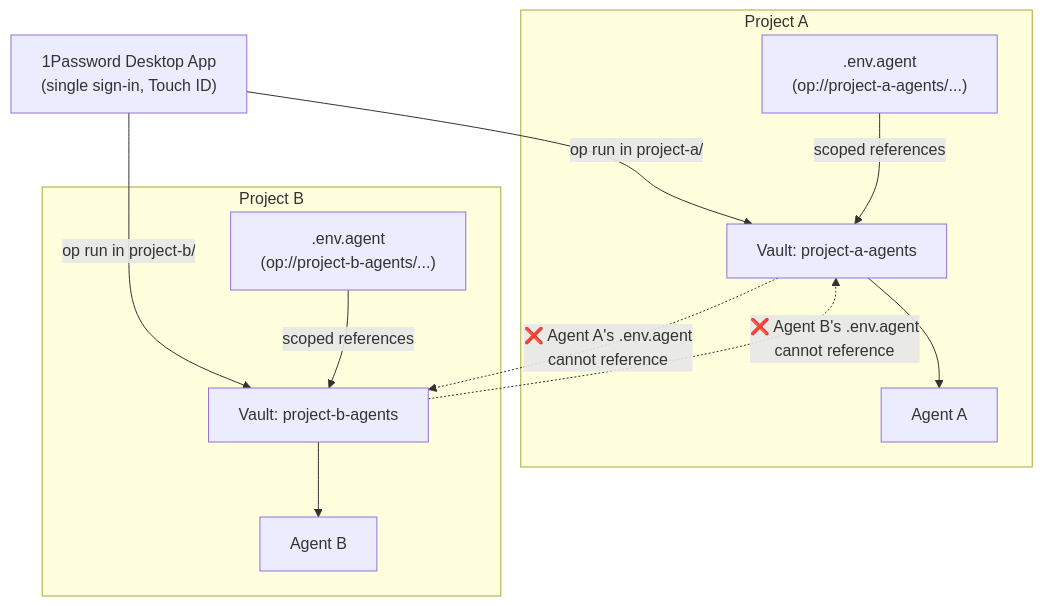
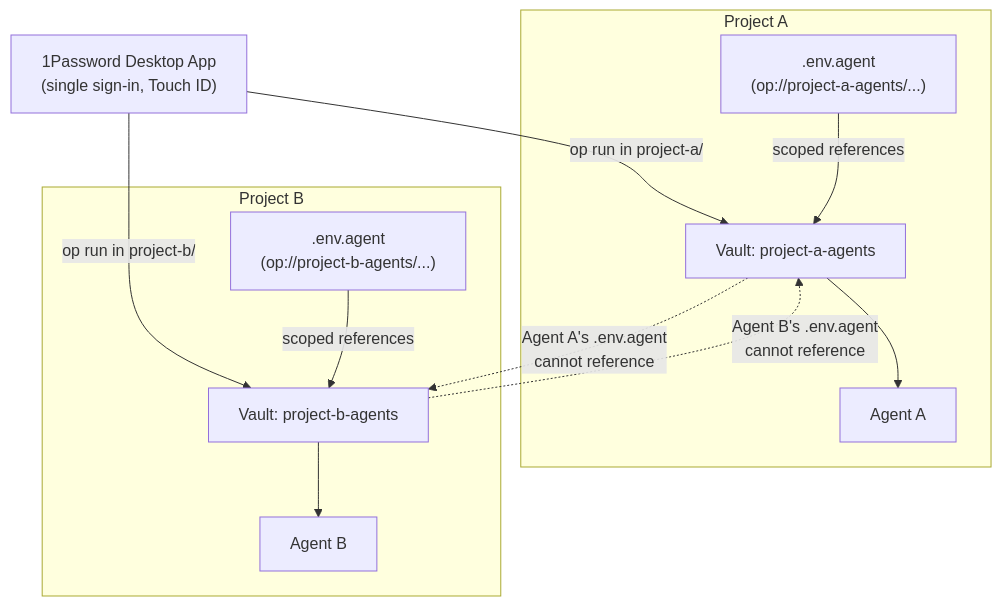
Before and after one commit to visaivis/iterm2: the fifth of 5 diagrams in docs/agent-secrets.md, drawn with Mermaid. The commit also changed other lines of this file and 1 other file, not shown here.

First line of the commit message:
fix: improve mermaid diagram formatting with <br/> and explicit subgraph IDs

````diff
--- a/docs/agent-secrets.md
+++ b/docs/agent-secrets.md
@@ -213,25 +213,25 @@
 ```mermaid
 flowchart TB
-    APP2["1Password Desktop App\n(single sign-in, Touch ID)"]
+    APP2["1Password Desktop App<br/>(single sign-in, Touch ID)"]
 
-    subgraph "Project A"
+    subgraph projectA["Project A"]
         V_A["Vault: project-a-agents"]
-        ENV_A[".env.agent\n(op://project-a-agents/...)"]
+        ENV_A[".env.agent<br/>(op://project-a-agents/...)"]
         A_AGENT["Agent A"]
     end
 
-    subgraph "Project B"
+    subgraph projectB["Project B"]
         V_B["Vault: project-b-agents"]
-        ENV_B[".env.agent\n(op://project-b-agents/...)"]
+        ENV_B[".env.agent<br/>(op://project-b-agents/...)"]
         B_AGENT["Agent B"]
     end
 
     APP2 -->|"op run in project-a/"| V_A
     APP2 -->|"op run in project-b/"| V_B
     ENV_A -->|"scoped references"| V_A
     ENV_B -->|"scoped references"| V_B
     V_A --> A_AGENT
     V_B --> B_AGENT
-    V_A -.->|"❌ Agent A's .env.agent\ncannot reference"| V_B
-    V_B -.->|"❌ Agent B's .env.agent\ncannot reference"| V_A
+    V_A -.->|"Agent A's .env.agent<br/>cannot reference"| V_B
+    V_B -.->|"Agent B's .env.agent<br/>cannot reference"| V_A
 ```
````
